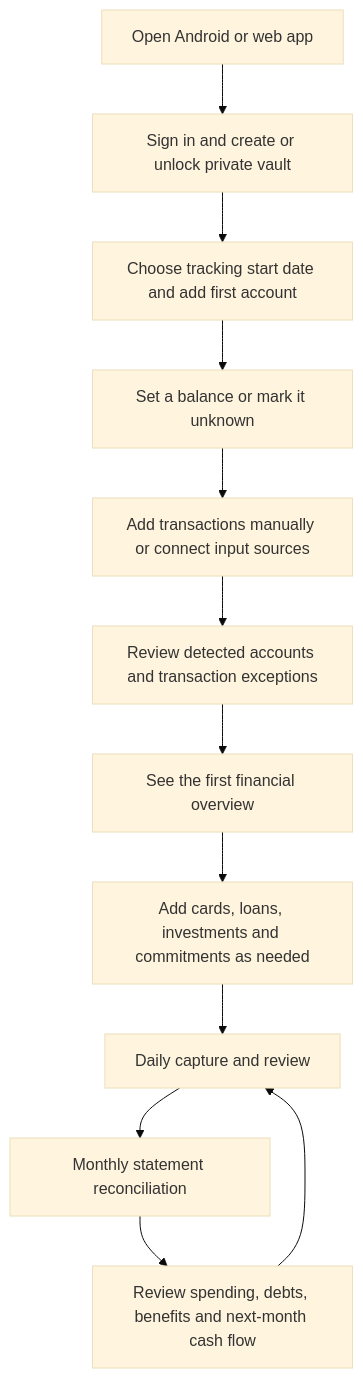
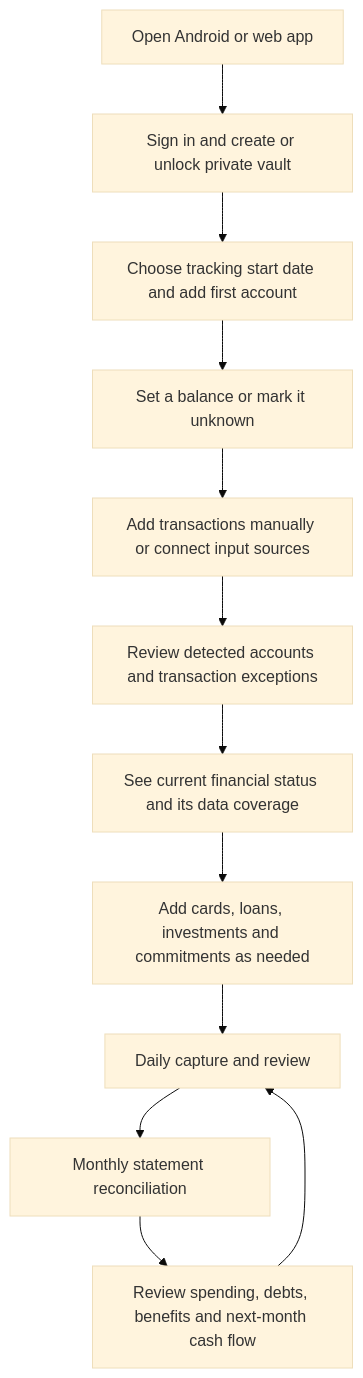
One commit to RSalehin24/atlas changed the diagram in docs/FINANCIAL_USER_JOURNEYS.md. Above: the diagram before and after it, drawn with Mermaid (base theme). The commit also changed other lines of this file and 2 other files, not shown here.

````diff
--- a/docs/FINANCIAL_USER_JOURNEYS.md
+++ b/docs/FINANCIAL_USER_JOURNEYS.md
@@ -17,14 +36,14 @@
 ```mermaid
 flowchart TD
     A[Open Android or web app] --> B[Sign in and create or unlock private vault]
     B --> C[Choose tracking start date and add first account]
     C --> D[Set a balance or mark it unknown]
     D --> E[Add transactions manually or connect input sources]
     E --> F[Review detected accounts and transaction exceptions]
-    F --> G[See the first financial overview]
+    F --> G[See current financial status and its data coverage]
     G --> H[Add cards, loans, investments and commitments as needed]
     H --> I[Daily capture and review]
     I --> J[Monthly statement reconciliation]
     J --> K[Review spending, debts, benefits and next-month cash flow]
     K --> I
 ```
````
